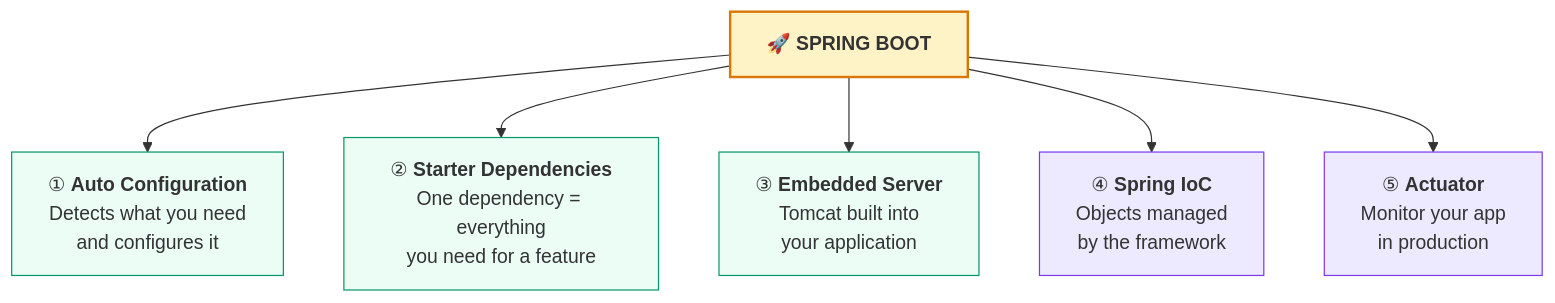
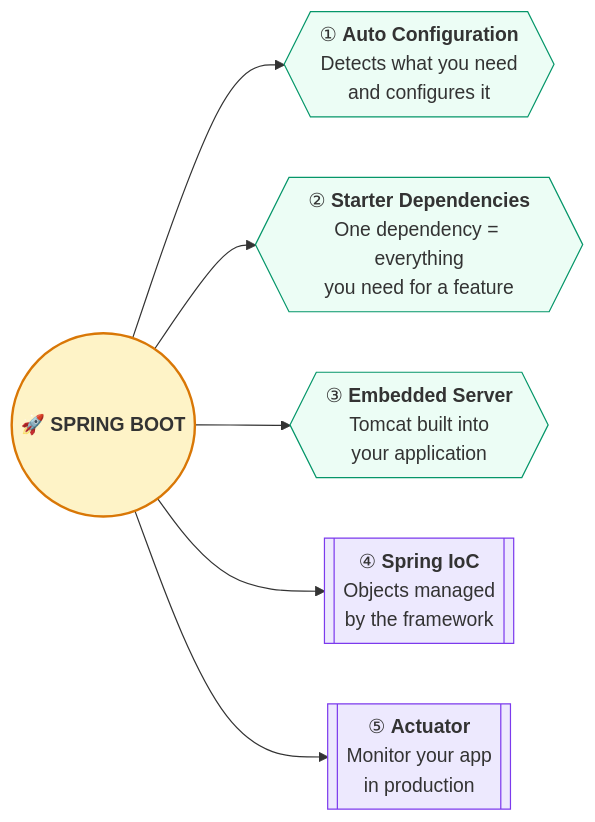
One commit to saivamsikaruturi/vamsilabs-dev-notes-main changed the fourth of 6 diagrams in docs/springboot/introduction.md. Above: the diagram before and after it, drawn with Mermaid. The commit also changed other lines of this file and 146 other files, not shown here.

Commit message:
Horizontal diagrams, UML class diagrams, typography overhaul, and permalink cleanup

````diff
--- a/docs/springboot/introduction.md
+++ b/docs/springboot/introduction.md
@@ -65,16 +86,16 @@
 ```mermaid
-flowchart TD
-    SB["🚀 <b>SPRING BOOT</b>"]
-    SB --> P1["① <b>Auto Configuration</b><br/>Detects what you need<br/>and configures it"]
-    SB --> P2["② <b>Starter Dependencies</b><br/>One dependency = everything<br/>you need for a feature"]
-    SB --> P3["③ <b>Embedded Server</b><br/>Tomcat built into<br/>your application"]
-    SB --> P4["④ <b>Spring IoC</b><br/>Objects managed<br/>by the framework"]
-    SB --> P5["⑤ <b>Actuator</b><br/>Monitor your app<br/>in production"]
+flowchart LR
+    SB(("🚀 <b>SPRING BOOT</b>"))
+    SB --> P1{{"① <b>Auto Configuration</b><br/>Detects what you need<br/>and configures it"}}
+    SB --> P2{{"② <b>Starter Dependencies</b><br/>One dependency = everything<br/>you need for a feature"}}
+    SB --> P3{{"③ <b>Embedded Server</b><br/>Tomcat built into<br/>your application"}}
+    SB --> P4[["④ <b>Spring IoC</b><br/>Objects managed<br/>by the framework"]]
+    SB --> P5[["⑤ <b>Actuator</b><br/>Monitor your app<br/>in production"]]
 
     style SB fill:#FEF3C7,stroke:#D97706,stroke-width:2px
     style P1 fill:#ECFDF5,stroke:#059669
     style P2 fill:#ECFDF5,stroke:#059669
     style P3 fill:#ECFDF5,stroke:#059669
     style P4 fill:#EDE9FE,stroke:#7C3AED
     style P5 fill:#EDE9FE,stroke:#7C3AED
 ```
````
